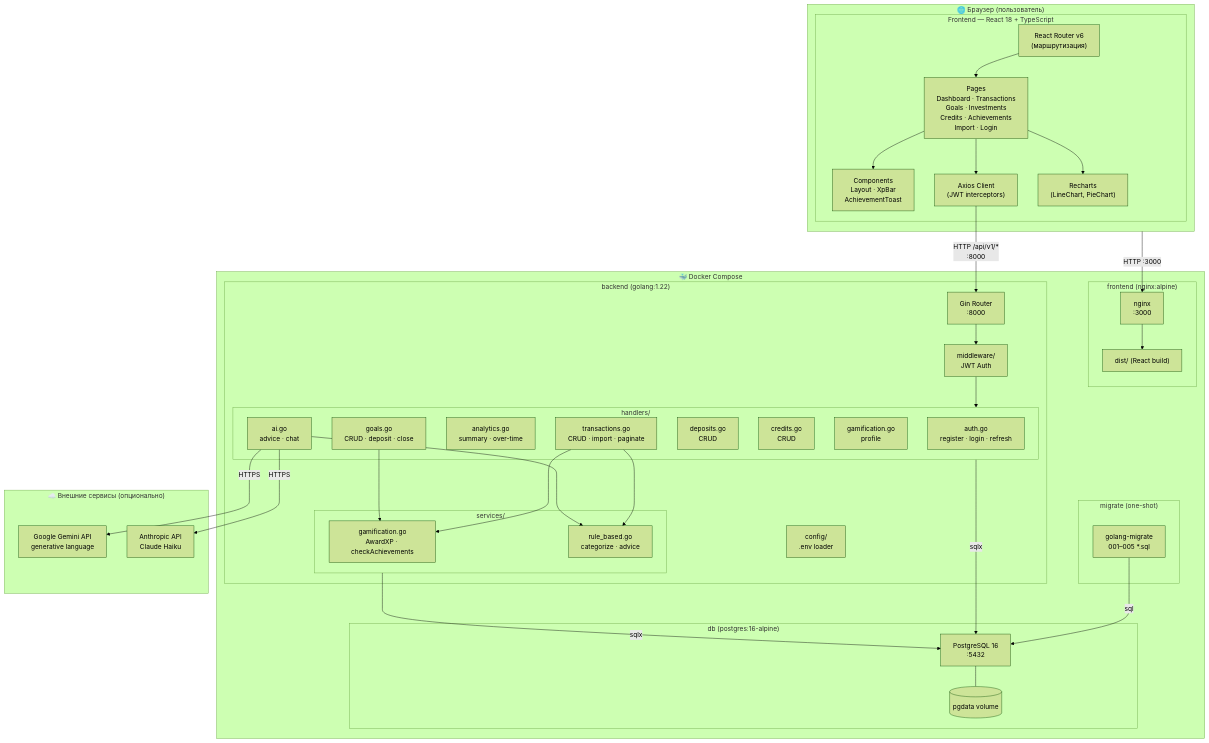
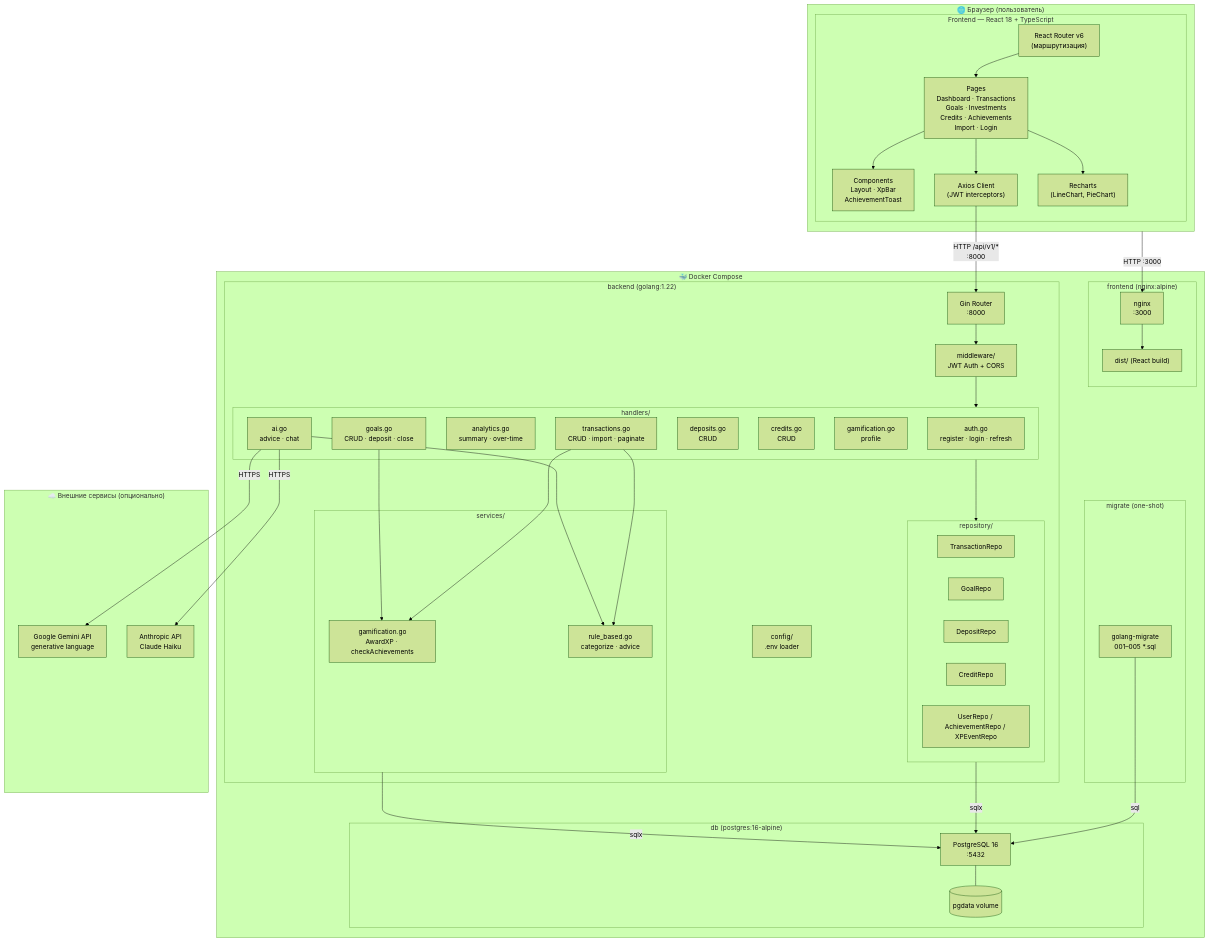
Before and after one commit to uiop123414/finquest: the diagram in docs/12_component_diagram.md, drawn with Mermaid (forest theme). The commit also changed other lines of this file and 19 other files, not shown here.

```diff
--- a/docs/12_component_diagram.md
+++ b/docs/12_component_diagram.md
@@ -32,12 +32,20 @@
                 AIH["ai.go\nadvice · chat"]
             end
 
+            subgraph Repos["repository/"]
+                TxRepo["TransactionRepo"]
+                GoalRepo["GoalRepo"]
+                DepRepo["DepositRepo"]
+                CrRepo["CreditRepo"]
+                UserRepo["UserRepo / AchievementRepo / XPEventRepo"]
+            end
+
             subgraph Services["services/"]
                 GamSvc["gamification.go\nAwardXP · checkAchievements"]
                 RuleSvc["rule_based.go\ncategorize · advice"]
             end
 
-            JWTMw["middleware/\nJWT Auth"]
+            JWTMw["middleware/\nJWT Auth + CORS"]
             Config["config/\n.env loader"]
         end
 
@@ -71,8 +79,9 @@
     TxH --> RuleSvc
     AIH --> RuleSvc
 
-    %% Handlers → DB
-    Handlers -->|"sqlx"| Postgres
+    %% Handlers → Repos → DB
+    Handlers --> Repos
+    Repos -->|"sqlx"| Postgres
     Services -->|"sqlx"| Postgres
 
     %% AI
```
